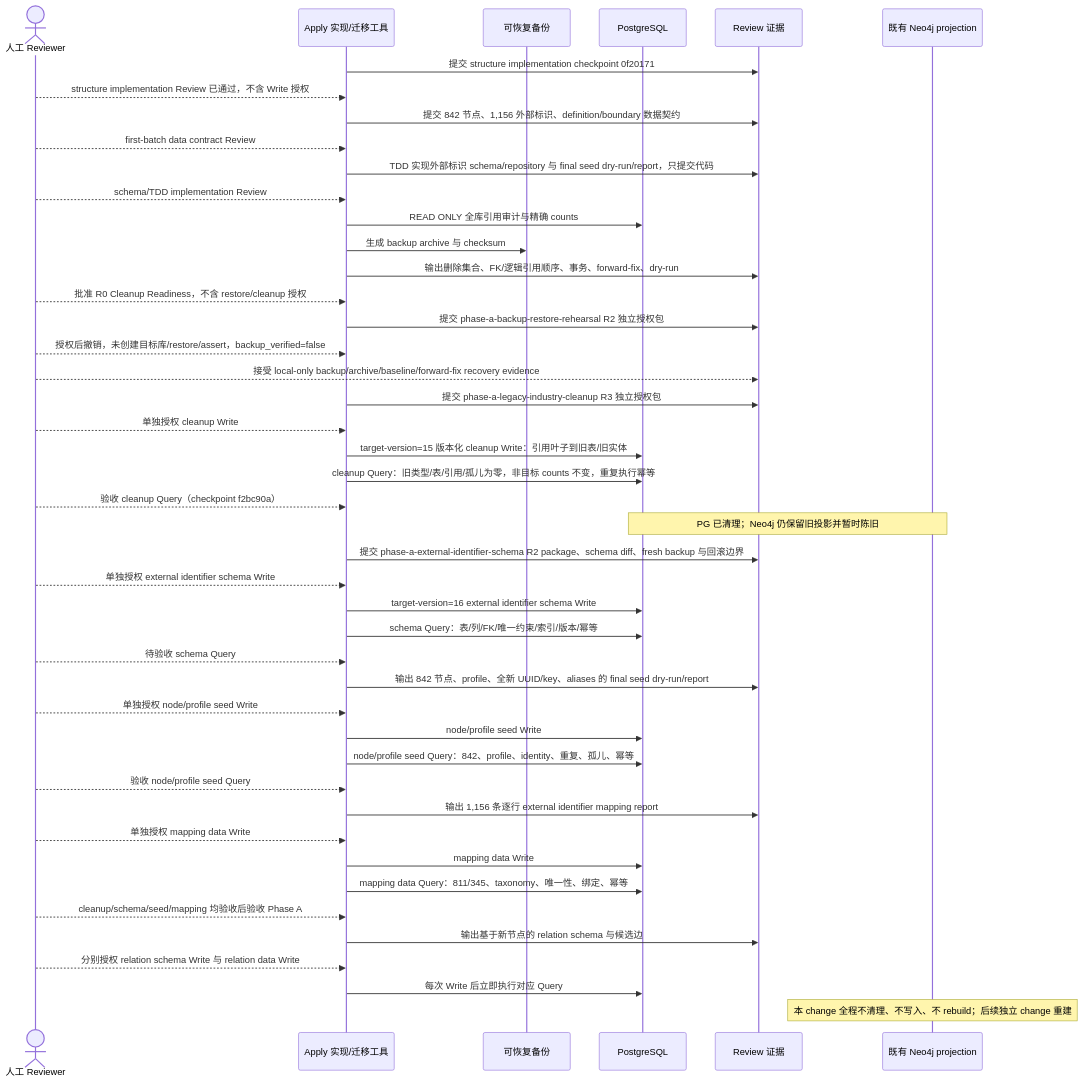
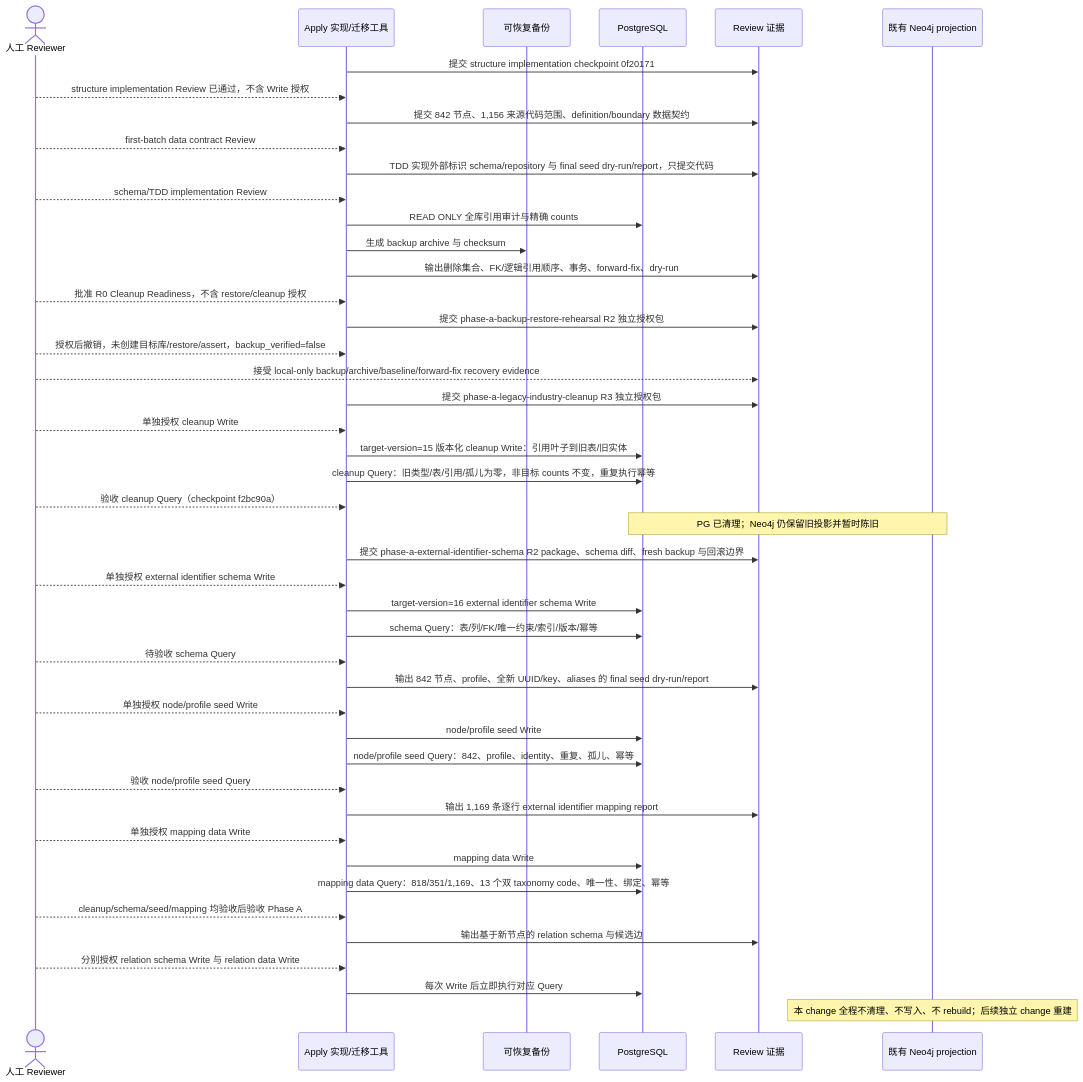
The second of 2 diagrams in openspec/changes/refactor-industry-chain-node-foundation/design.md (meierlink88/tidewise-ai), drawn with Mermaid before and after one commit. The commit also changed other lines of this file and 11 other files, not shown here.

Commit message:
spec: remediate external identifier candidates

````diff
--- a/openspec/changes/refactor-industry-chain-node-foundation/design.md
+++ b/openspec/changes/refactor-industry-chain-node-foundation/design.md
@@ -222,48 +222,48 @@
 ```mermaid
 sequenceDiagram
     actor Reviewer as 人工 Reviewer
     participant Apply as Apply 实现/迁移工具
     participant Backup as 可恢复备份
     participant PG as PostgreSQL
     participant Evidence as Review 证据
     participant Neo4j as 既有 Neo4j projection
 
     Apply->>Evidence: 提交 structure implementation checkpoint 0f20171
     Reviewer-->>Apply: structure implementation Review 已通过，不含 Write 授权
-    Apply->>Evidence: 提交 842 节点、1,156 外部标识、definition/boundary 数据契约
+    Apply->>Evidence: 提交 842 节点、1,156 来源代码范围、definition/boundary 数据契约
     Reviewer-->>Apply: first-batch data contract Review
     Apply->>Evidence: TDD 实现外部标识 schema/repository 与 final seed dry-run/report，只提交代码
     Reviewer-->>Apply: schema/TDD implementation Review
     Apply->>PG: READ ONLY 全库引用审计与精确 counts
     Apply->>Backup: 生成 backup archive 与 checksum
     Apply->>Evidence: 输出删除集合、FK/逻辑引用顺序、事务、forward-fix、dry-run
     Reviewer-->>Apply: 批准 R0 Cleanup Readiness，不含 restore/cleanup 授权
     Apply->>Evidence: 提交 phase-a-backup-restore-rehearsal R2 独立授权包
     Reviewer-->>Apply: 授权后撤销，未创建目标库/restore/assert，backup_verified=false
     Reviewer-->>Evidence: 接受 local-only backup/archive/baseline/forward-fix recovery evidence
     Apply->>Evidence: 提交 phase-a-legacy-industry-cleanup R3 独立授权包
     Reviewer-->>Apply: 单独授权 cleanup Write
     Apply->>PG: target-version=15 版本化 cleanup Write：引用叶子到旧表/旧实体
     Apply->>PG: cleanup Query：旧类型/表/引用/孤儿为零，非目标 counts 不变，重复执行幂等
     Reviewer-->>Apply: 验收 cleanup Query（checkpoint f2bc90a）
     Note over PG,Neo4j: PG 已清理；Neo4j 仍保留旧投影并暂时陈旧
     Apply->>Evidence: 提交 phase-a-external-identifier-schema R2 package、schema diff、fresh backup 与回滚边界
     Reviewer-->>Apply: 单独授权 external identifier schema Write
     Apply->>PG: target-version=16 external identifier schema Write
     Apply->>PG: schema Query：表/列/FK/唯一约束/索引/版本/幂等
     Reviewer-->>Apply: 待验收 schema Query
     Apply->>Evidence: 输出 842 节点、profile、全新 UUID/key、aliases 的 final seed dry-run/report
     Reviewer-->>Apply: 单独授权 node/profile seed Write
     Apply->>PG: node/profile seed Write
     Apply->>PG: node/profile seed Query：842、profile、identity、重复、孤儿、幂等
     Reviewer-->>Apply: 验收 node/profile seed Query
-    Apply->>Evidence: 输出 1,156 条逐行 external identifier mapping report
+    Apply->>Evidence: 输出 1,169 条逐行 external identifier mapping report
     Reviewer-->>Apply: 单独授权 mapping data Write
     Apply->>PG: mapping data Write
-    Apply->>PG: mapping data Query：811/345、taxonomy、唯一性、绑定、幂等
+    Apply->>PG: mapping data Query：818/351/1,169、13 个双 taxonomy code、唯一性、绑定、幂等
     Reviewer-->>Apply: cleanup/schema/seed/mapping 均验收后验收 Phase A
     Apply->>Evidence: 输出基于新节点的 relation schema 与候选边
     Reviewer-->>Apply: 分别授权 relation schema Write 与 relation data Write
     Apply->>PG: 每次 Write 后立即执行对应 Query
     Note over Neo4j: 本 change 全程不清理、不写入、不 rebuild；后续独立 change 重建
 ```
````
